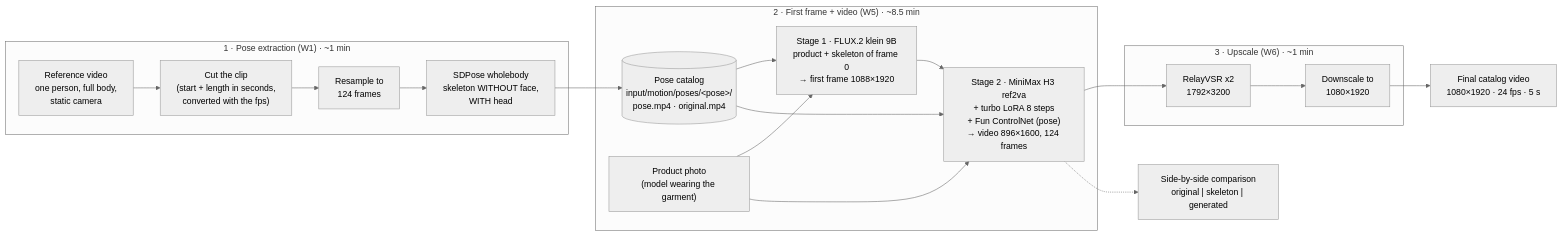
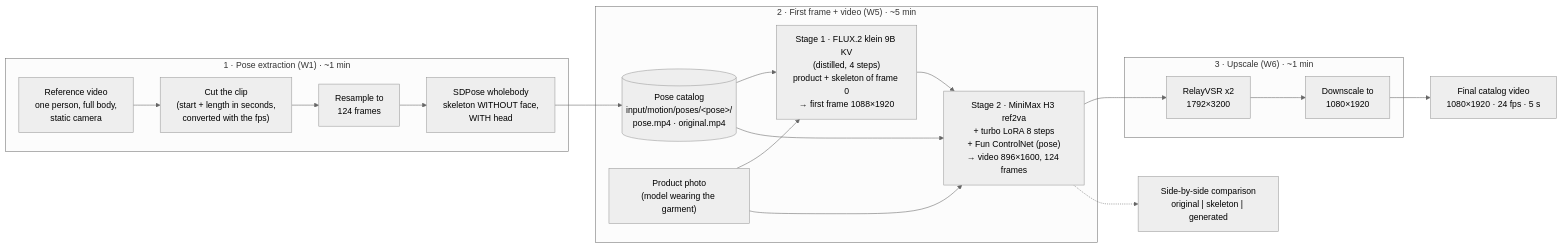
One commit to LuanVelo/fashion-pose-to-video changed the diagram in README.md. Above: the diagram before and after it, drawn with Mermaid (neutral theme). The commit also changed other lines of this file and 8 other files, not shown here.

````diff
--- a/README.md
+++ b/README.md
@@ -32,26 +32,26 @@
 ```mermaid
 flowchart LR
     subgraph P1["1 · Pose extraction (W1) · ~1 min"]
         A["Reference video<br/>one person, full body,<br/>static camera"] --> B["Cut the clip<br/>(start + length in seconds,<br/>converted with the fps)"]
         B --> C["Resample to<br/>124 frames"]
         C --> D["SDPose wholebody<br/>skeleton WITHOUT face,<br/>WITH head"]
     end
 
     D --> K[("Pose catalog<br/>input/motion/poses/#lt;pose#gt;/<br/>pose.mp4 · original.mp4")]
 
-    subgraph P2["2 · First frame + video (W5) · ~8.5 min"]
-        E["Product photo<br/>(model wearing the garment)"] --> F["Stage 1 · FLUX.2 klein 9B<br/>product + skeleton of frame 0<br/>→ first frame 1088×1920"]
+    subgraph P2["2 · First frame + video (W5) · ~5 min"]
+        E["Product photo<br/>(model wearing the garment)"] --> F["Stage 1 · FLUX.2 klein 9B KV<br/>(distilled, 4 steps)<br/>product + skeleton of frame 0<br/>→ first frame 1088×1920"]
         K --> F
         F --> G["Stage 2 · MiniMax H3 ref2va<br/>+ turbo LoRA 8 steps<br/>+ Fun ControlNet (pose)<br/>→ video 896×1600, 124 frames"]
         K --> G
         E --> G
     end
 
     subgraph P3["3 · Upscale (W6) · ~1 min"]
         H["RelayVSR x2<br/>1792×3200"] --> I["Downscale to<br/>1080×1920"]
     end
 
     G --> H
     I --> J["Final catalog video<br/>1080×1920 · 24 fps · 5 s"]
     G -.-> L["Side-by-side comparison<br/>original | skeleton | generated"]
 ```
````
